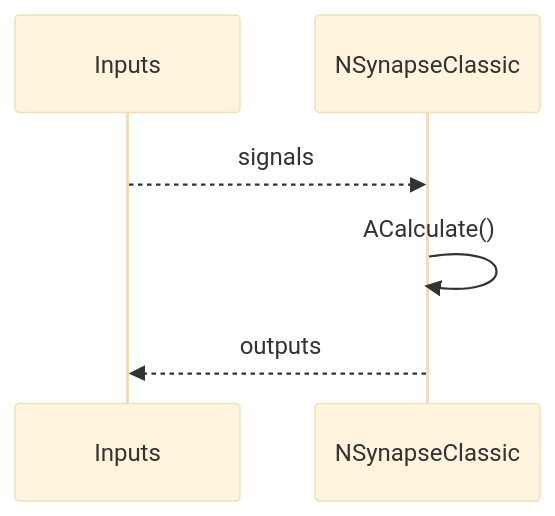
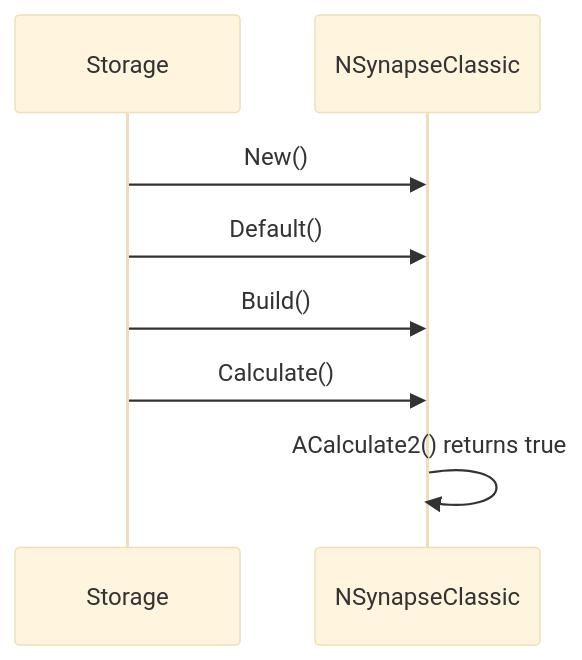
The seventh of 7 diagrams in Docs/Components/NSynapseClassic.md (aicommunity/Nmsdk-PulseLib), drawn with Mermaid (base theme) before and after one commit. The commit also changed other lines of this file and 196 other files, not shown here.

````diff
--- a/Docs/Components/NSynapseClassic.md
+++ b/Docs/Components/NSynapseClassic.md
@@ -24,8 +267,11 @@
 ```mermaid
 sequenceDiagram
-    participant In as Inputs
-    participant X as NSynapseClassic
-    In-->>X: signals
-    X->>X: ACalculate()
-    X-->>In: outputs
+    participant Storage
+    participant Synapse as NSynapseClassic
+    
+    Storage->>Synapse: New()
+    Storage->>Synapse: Default()
+    Storage->>Synapse: Build()
+    Storage->>Synapse: Calculate()
+    Synapse->>Synapse: ACalculate2() returns true
 ```
````
